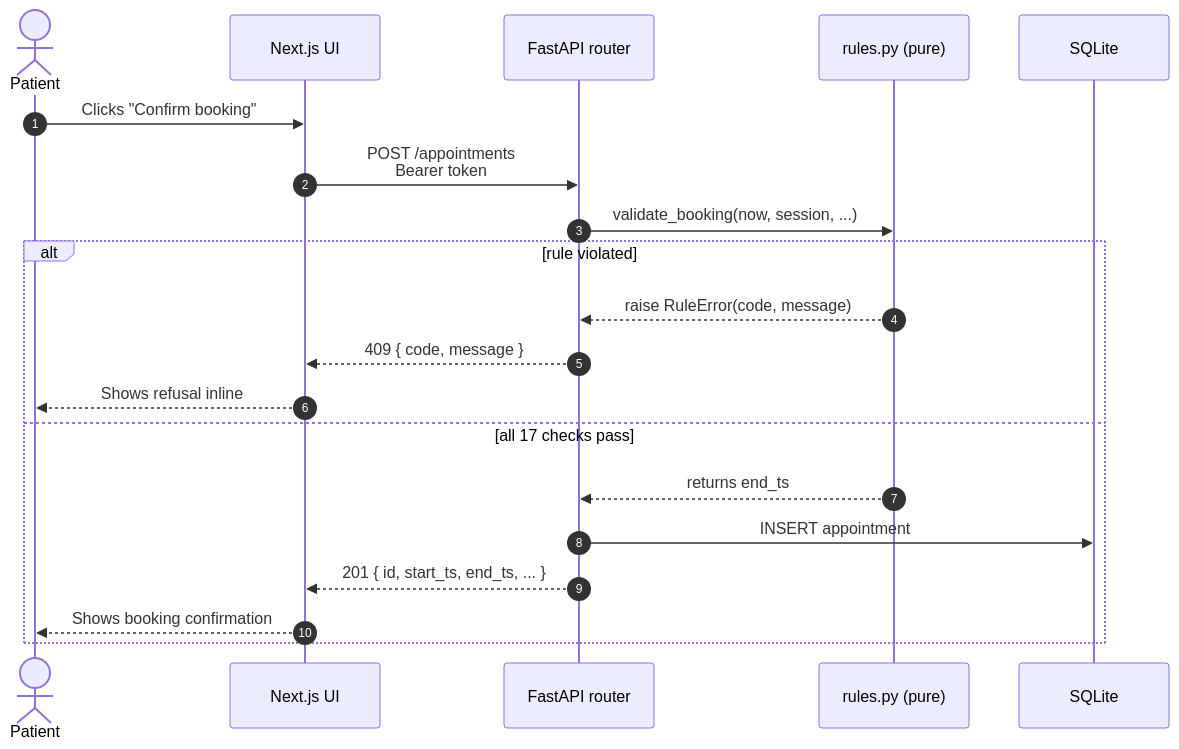
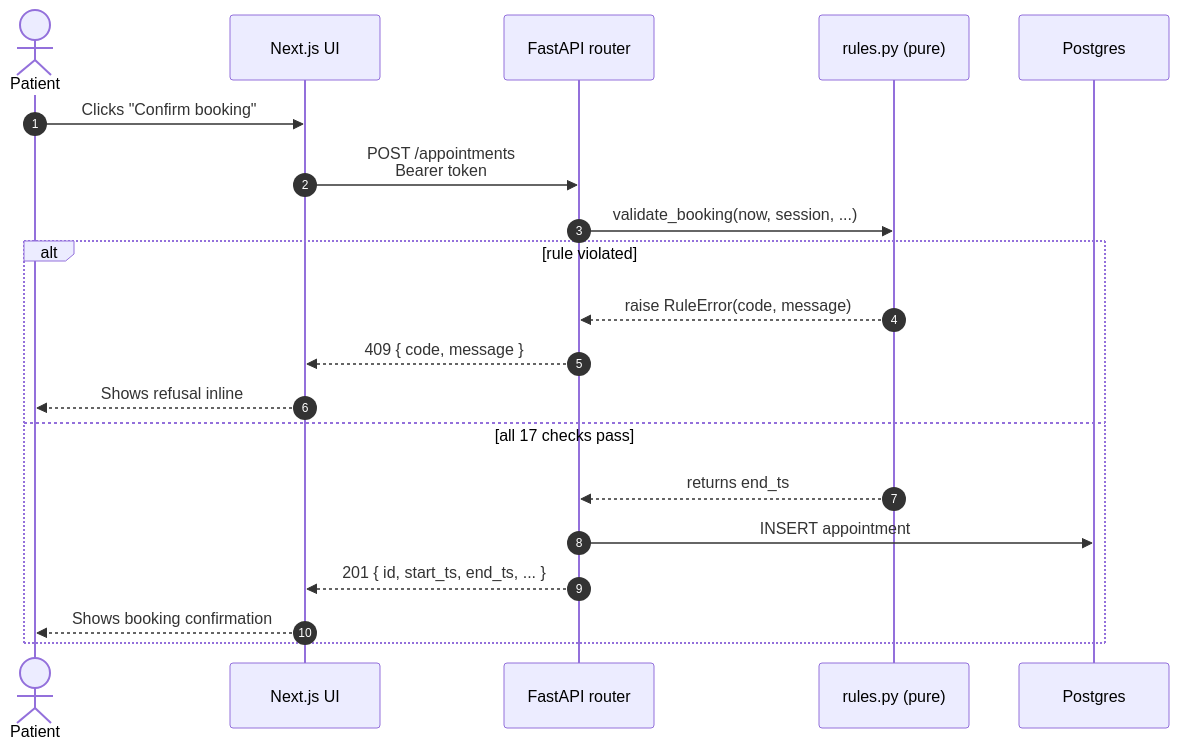
Before and after one commit to aryashreep/netracare: the third of 7 diagrams in README.md, drawn with Mermaid. The commit also changed other lines of this file and 10 other files, not shown here.

````diff
--- a/README.md
+++ b/README.md
@@ -142,23 +141,23 @@
 ```mermaid
 sequenceDiagram
     autonumber
     actor P as Patient
     participant UI as Next.js UI
     participant API as FastAPI router
     participant R as rules.py (pure)
-    participant DB as SQLite
+    participant DB as Postgres
 
     P->>UI: Clicks "Confirm booking"
     UI->>API: POST /appointments<br/>Bearer token
     API->>R: validate_booking(now, session, ...)
     alt rule violated
         R-->>API: raise RuleError(code, message)
         API-->>UI: 409 { code, message }
         UI-->>P: Shows refusal inline
     else all 17 checks pass
         R-->>API: returns end_ts
         API->>DB: INSERT appointment
         API-->>UI: 201 { id, start_ts, end_ts, ... }
         UI-->>P: Shows booking confirmation
     end
 ```
````
